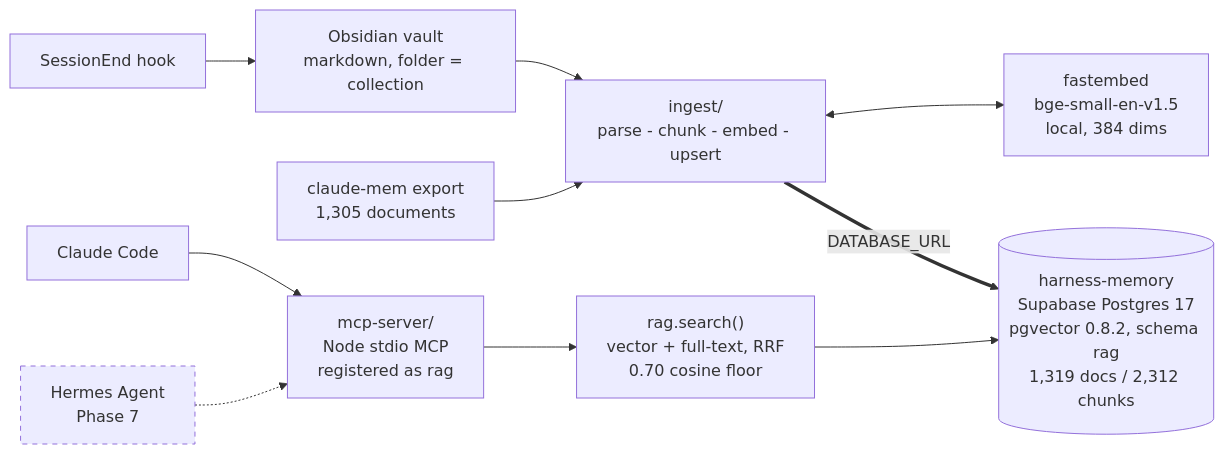
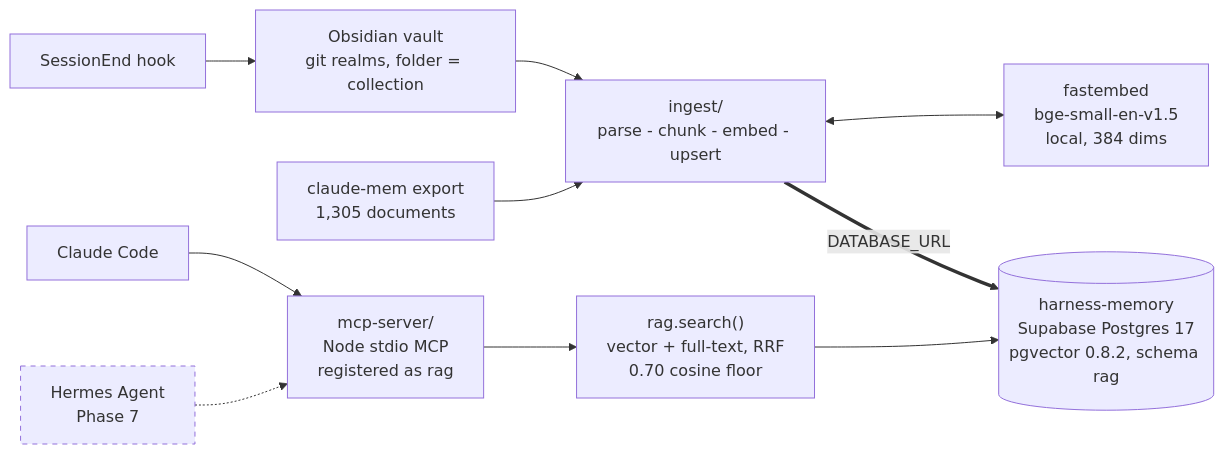
The diagram in README.md (emstacho-su/agentic-harness), drawn with Mermaid before and after one commit. The commit also changed other lines of this file, not shown here.

First line of the commit message:
docs(readme): realm vault, optional Docker store, status with executed test counts, current layout (R-104)

````diff
--- a/README.md
+++ b/README.md
@@ -27,19 +27,19 @@
 ```mermaid
 flowchart LR
     hook["SessionEnd hook"] --> vault
-    vault["Obsidian vault<br/>markdown, folder = collection"] --> ing
+    vault["Obsidian vault<br/>git realms, folder = collection"] --> ing
     cmem["claude-mem export<br/>1,305 documents"] --> ing
 
     ing["ingest/<br/>parse - chunk - embed - upsert"]
     ing <--> emb["fastembed<br/>bge-small-en-v1.5<br/>local, 384 dims"]
 
     cc["Claude Code"] --> mcp["mcp-server/<br/>Node stdio MCP<br/>registered as rag"]
     hermes["Hermes Agent<br/>Phase 7"] -.-> mcp
     mcp --> search["rag.search()<br/>vector + full-text, RRF<br/>0.70 cosine floor"]
 
     ing ==>|"DATABASE_URL"| db
-    search --> db[("harness-memory<br/>Supabase Postgres 17<br/>pgvector 0.8.2, schema rag<br/>1,319 docs / 2,312 chunks")]
+    search --> db[("harness-memory<br/>Supabase Postgres 17<br/>pgvector 0.8.2, schema rag")]
 
     classDef unbuilt stroke-dasharray: 5 5
     class hermes unbuilt
 ```
````
